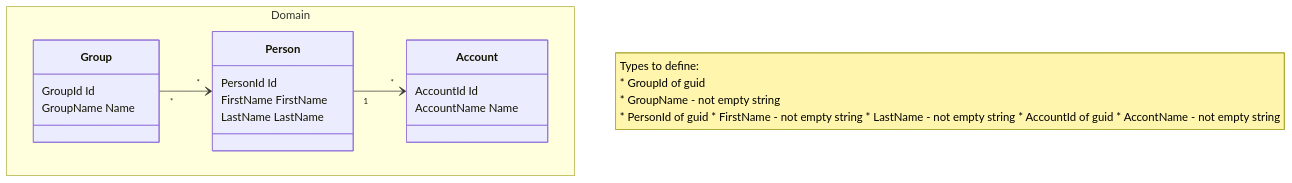
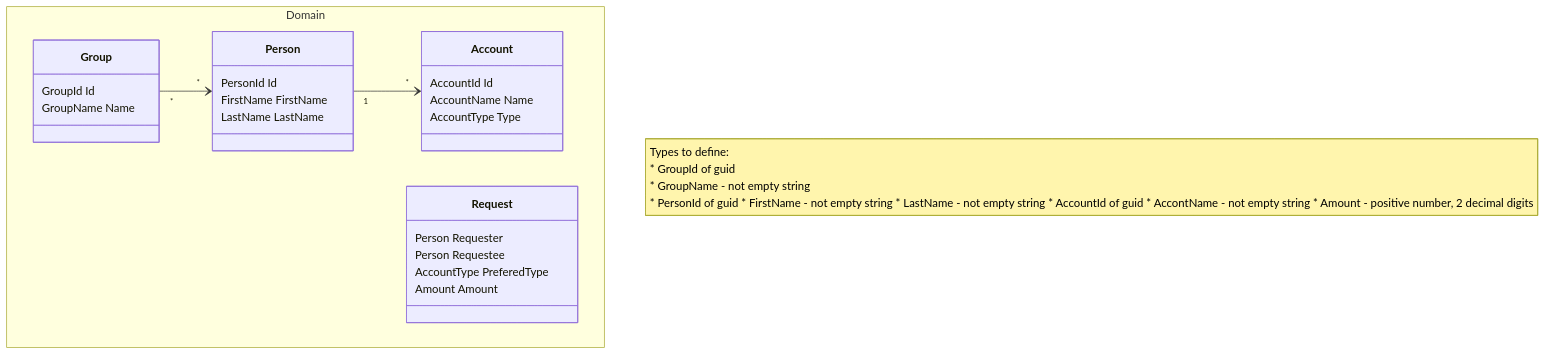
The diagram in SolutionItems/domain-model.mermaid (AntonBauer/cash-wave-connect), drawn with Mermaid before and after one commit. The commit also changed other lines of this file and 7 other files, not shown here.

```diff
--- a/SolutionItems/domain-model.mermaid
+++ b/SolutionItems/domain-model.mermaid
@@ -1,34 +1,44 @@
 classDiagram
     
     note "Types to define:
         * GroupId of guid
         * GroupName - not empty string
         
         * PersonId of guid
         * FirstName - not empty string
         * LastName - not empty string 
         
         * AccountId of guid
         * AccontName - not empty string
+        
+        * Amount - positive number, 2 decimal digits
     "
     
     namespace Domain {
         class Group {
             GroupId Id
             GroupName Name
         }
 
         class Person {
             PersonId Id
             FirstName FirstName
             LastName LastName
         }
 
         class Account {
             AccountId Id
             AccountName Name
+            AccountType Type
+        }
+        
+        class Request {
+           Person Requester
+           Person Requestee
+           AccountType PreferedType
+           Amount Amount
         }
     }
     
     Group "*" --> "*" Person
     Person "1" --> "*" Account
```
